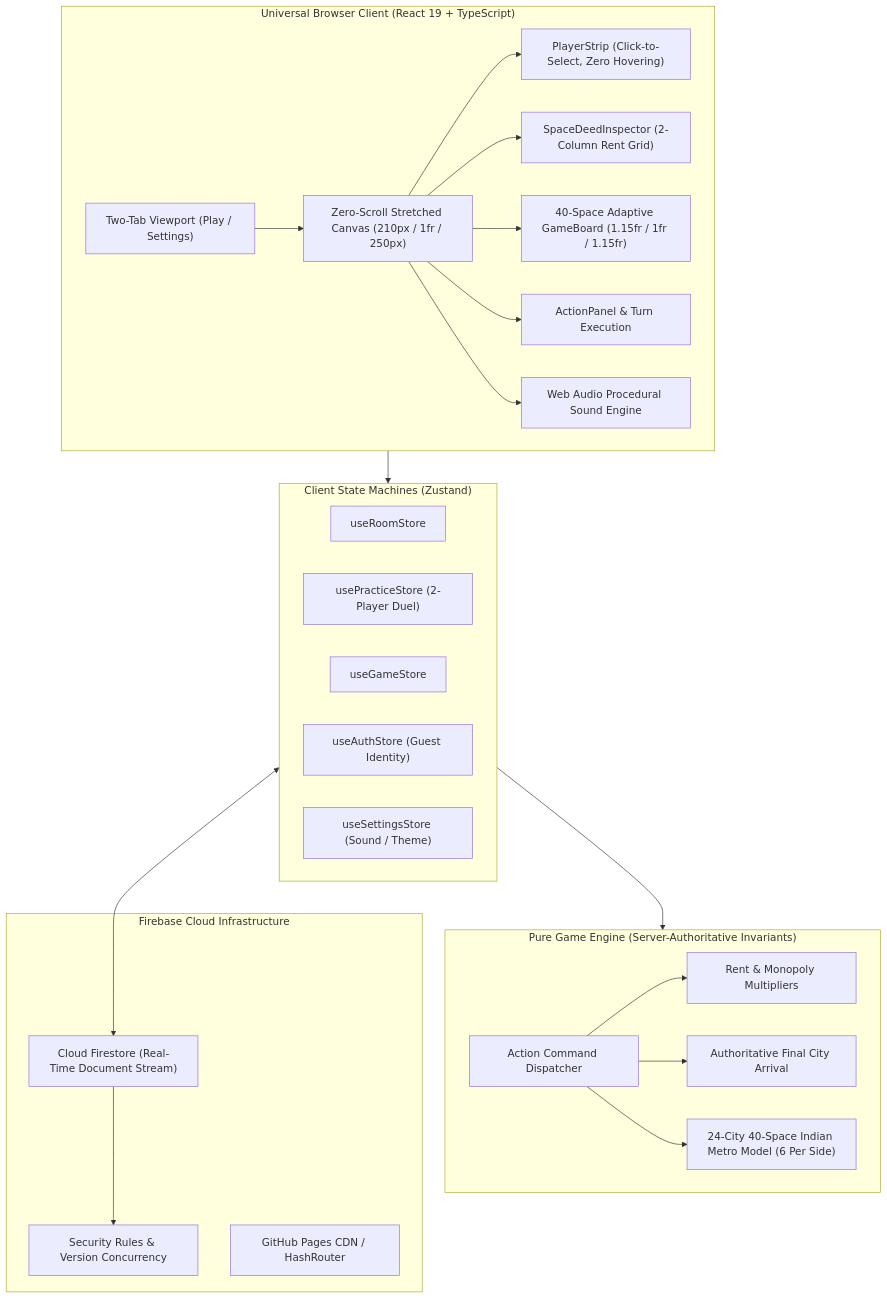
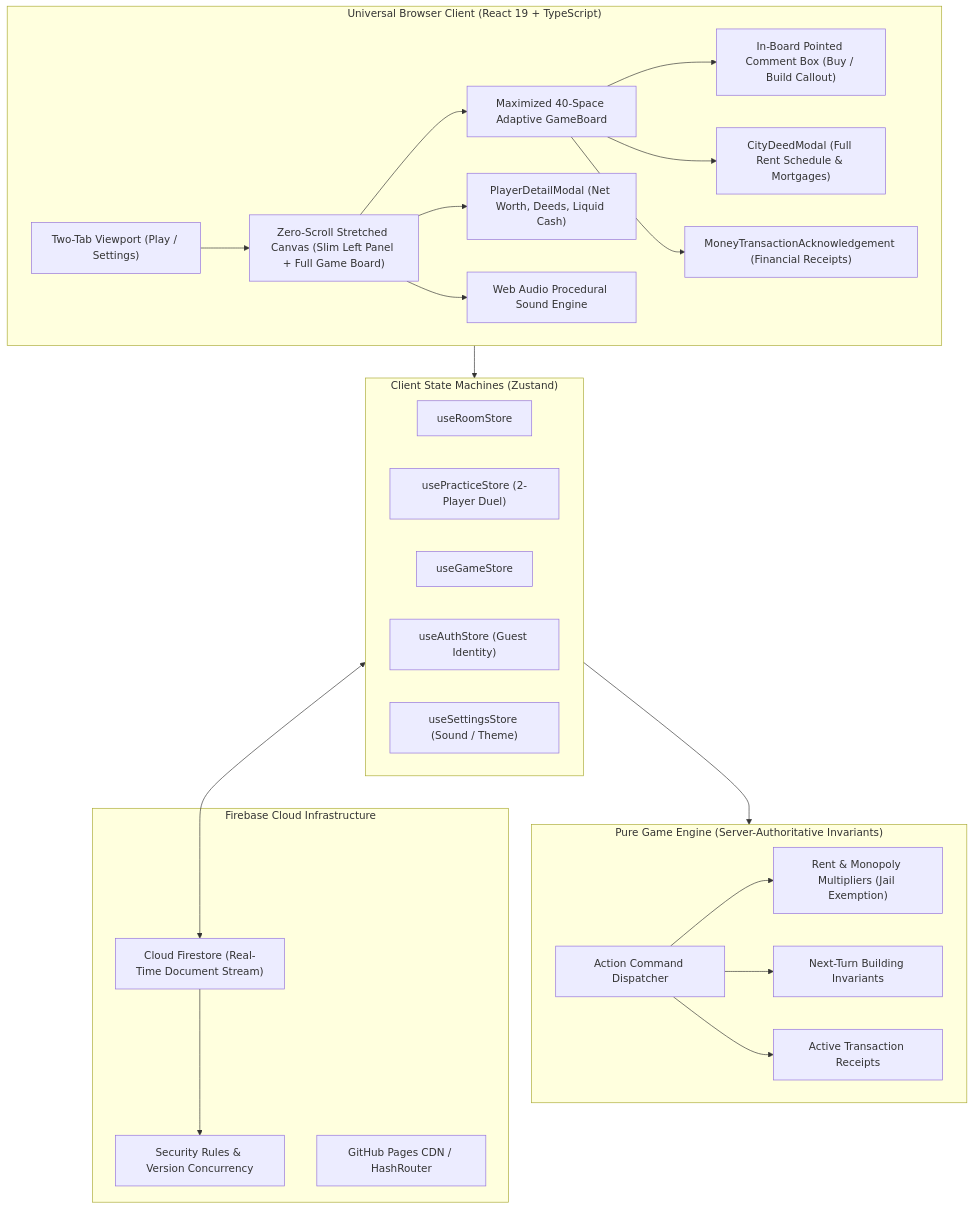
Before and after one commit to K-692/Monopoly-India-Game: the diagram in README.md, drawn with Mermaid. The commit also changed other lines of this file and 16 other files, not shown here.

Commit message:
feat: in-board pointed comment box, city & player detail modals, transaction receipts, jailed rent exemption, and full-screen board layout

````diff
--- a/README.md
+++ b/README.md
@@ -121,47 +113,49 @@
 ```mermaid
 flowchart TD
     subgraph BrowserClient["Universal Browser Client (React 19 + TypeScript)"]
         UI["Two-Tab Viewport (Play / Settings)"]
-        Canvas["Zero-Scroll Stretched Canvas (210px / 1fr / 250px)"]
-        Board["40-Space Adaptive GameBoard (1.15fr / 1fr / 1.15fr)"]
-        PlayerPanel["PlayerStrip (Click-to-Select, Zero Hovering)"]
-        DeedInspector["SpaceDeedInspector (2-Column Rent Grid)"]
-        ActionControls["ActionPanel & Turn Execution"]
+        Canvas["Zero-Scroll Stretched Canvas (Slim Left Panel + Full Game Board)"]
+        Board["Maximized 40-Space Adaptive GameBoard"]
+        PointedBox["In-Board Pointed Comment Box (Buy / Build Callout)"]
+        DeedModal["CityDeedModal (Full Rent Schedule & Mortgages)"]
+        PlayerModal["PlayerDetailModal (Net Worth, Deeds, Liquid Cash)"]
+        MoneyModal["MoneyTransactionAcknowledgement (Financial Receipts)"]
         Audio["Web Audio Procedural Sound Engine"]
         UI --> Canvas
-        Canvas --> PlayerPanel
-        Canvas --> DeedInspector
         Canvas --> Board
-        Canvas --> ActionControls
+        Board --> PointedBox
+        Board --> DeedModal
+        Canvas --> PlayerModal
+        Board --> MoneyModal
         Canvas --> Audio
     end
 
     subgraph StateManagement["Client State Machines (Zustand)"]
         RoomStore["useRoomStore"]
         PracticeStore["usePracticeStore (2-Player Duel)"]
         GameStore["useGameStore"]
         AuthStore["useAuthStore (Guest Identity)"]
         SettingsStore["useSettingsStore (Sound / Theme)"]
     end
 
     subgraph CoreEngine["Pure Game Engine (Server-Authoritative Invariants)"]
         ActionValidator["Action Command Dispatcher"]
-        RentCalculator["Rent & Monopoly Multipliers"]
-        DirectDestination["Authoritative Final City Arrival"]
-        BoardTopology["24-City 40-Space Indian Metro Model (6 Per Side)"]
+        RentCalculator["Rent & Monopoly Multipliers (Jail Exemption)"]
+        TurnDelay["Next-Turn Building Invariants"]
+        TransactionRecorder["Active Transaction Receipts"]
         ActionValidator --> RentCalculator
-        ActionValidator --> DirectDestination
-        ActionValidator --> BoardTopology
+        ActionValidator --> TurnDelay
+        ActionValidator --> TransactionRecorder
     end
 
     subgraph CloudBackend["Firebase Cloud Infrastructure"]
         Firestore["Cloud Firestore (Real-Time Document Stream)"]
         SecurityRules["Security Rules & Version Concurrency"]
         Hosting["GitHub Pages CDN / HashRouter"]
     end
 
     BrowserClient --> StateManagement
     StateManagement --> CoreEngine
     StateManagement <--> Firestore
     Firestore --> SecurityRules
 ```
````
